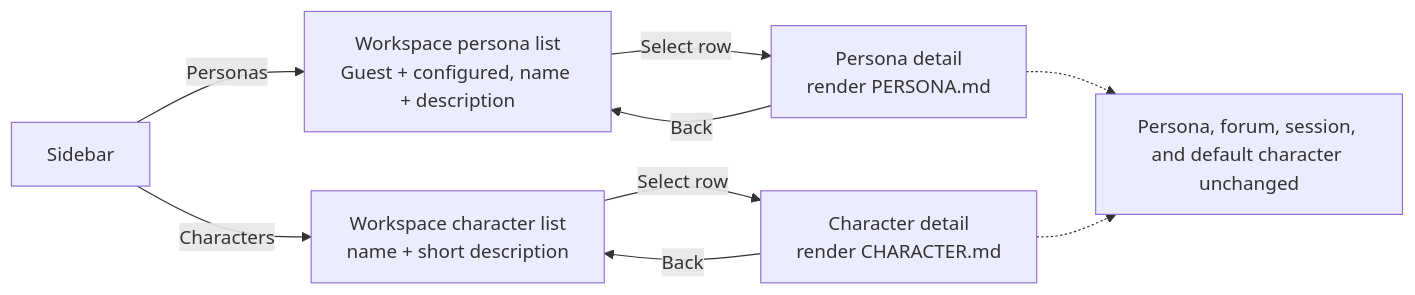
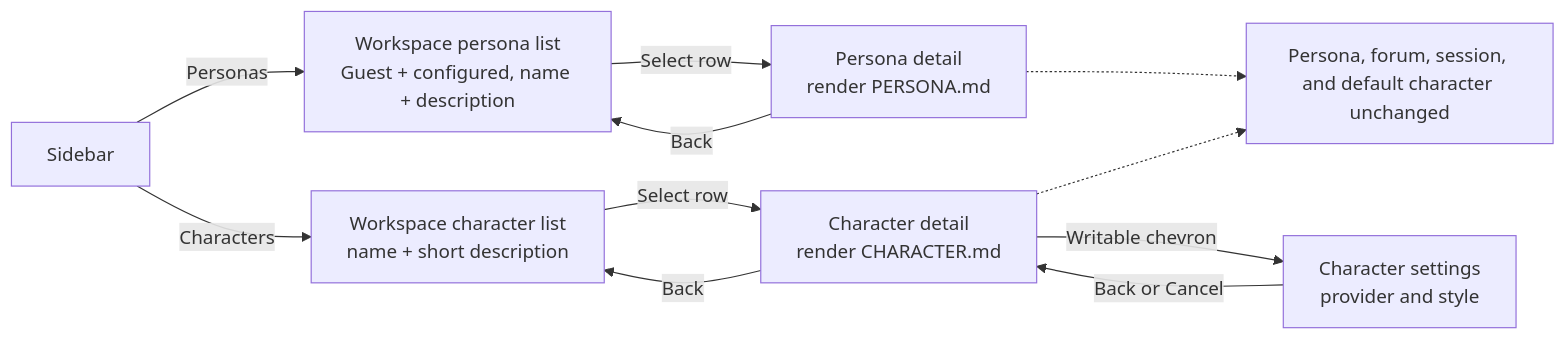
Before and after one commit to michaelpopov/cha: the second of 7 diagrams in docs/web-ui/flows.md, drawn with Mermaid. The commit also changed other lines of this file and 11 other files, not shown here.

````diff
--- a/docs/web-ui/flows.md
+++ b/docs/web-ui/flows.md
@@ -28,11 +30,13 @@
 ```mermaid
 flowchart LR
     Sidebar["Sidebar"] -->|"Personas"| Personas["Workspace persona list<br/>Guest + configured, name + description"]
     Personas -->|"Select row"| PersonaDetail["Persona detail<br/>render PERSONA.md"]
     PersonaDetail -->|"Back"| Personas
     Sidebar -->|"Characters"| List["Workspace character list<br/>name + short description"]
     List -->|"Select row"| Detail["Character detail<br/>render CHARACTER.md"]
     Detail -->|"Back"| List
+    Detail -->|"Writable chevron"| Settings["Character settings<br/>provider and style"]
+    Settings -->|"Back or Cancel"| Detail
     PersonaDetail -.-> Unchanged["Persona, forum, session, and default character unchanged"]
     Detail -.-> Unchanged
 ```
````
